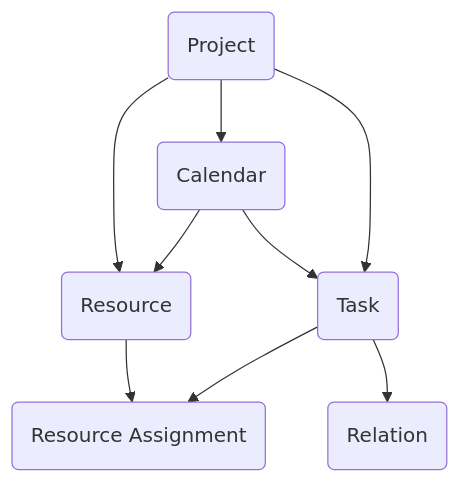
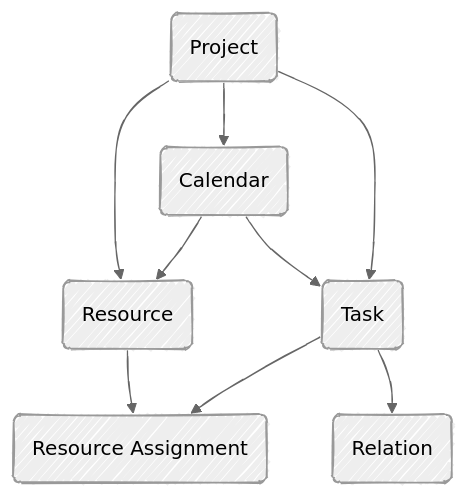
One commit to joniles/mpxj changed the diagram in mkdocs/docs/howto-start.md. Above: the diagram before and after it, drawn with Mermaid. The commit also changed 1 other file, not shown here.

Commit message:
Update mermaid drawing style

````diff
--- a/mkdocs/docs/howto-start.md
+++ b/mkdocs/docs/howto-start.md
@@ -17,17 +17,22 @@
 ```mermaid
+---
+config:
+  look: handDrawn
+  theme: neutral
+---
 graph TD
     Project(Project)
     Resource(Resource)
     ResourceAssignment(Resource Assignment)    
     Task(Task)
     Calendar(Calendar)
     Relation(Relation)
     Project --> Task
     Calendar --> Resource
     Project --> Resource
     Project --> Calendar
     Task --> ResourceAssignment
     Resource --> ResourceAssignment    
     Calendar --> Task
     Task --> Relation
 ```
````
